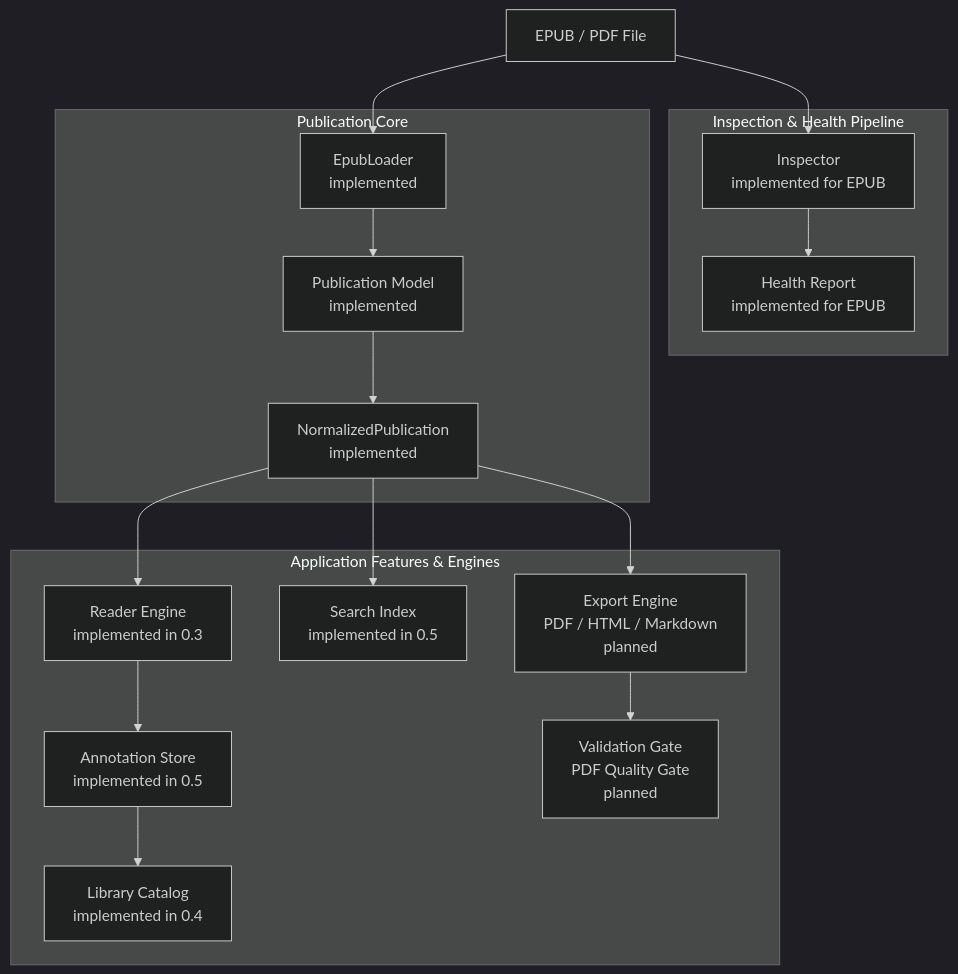
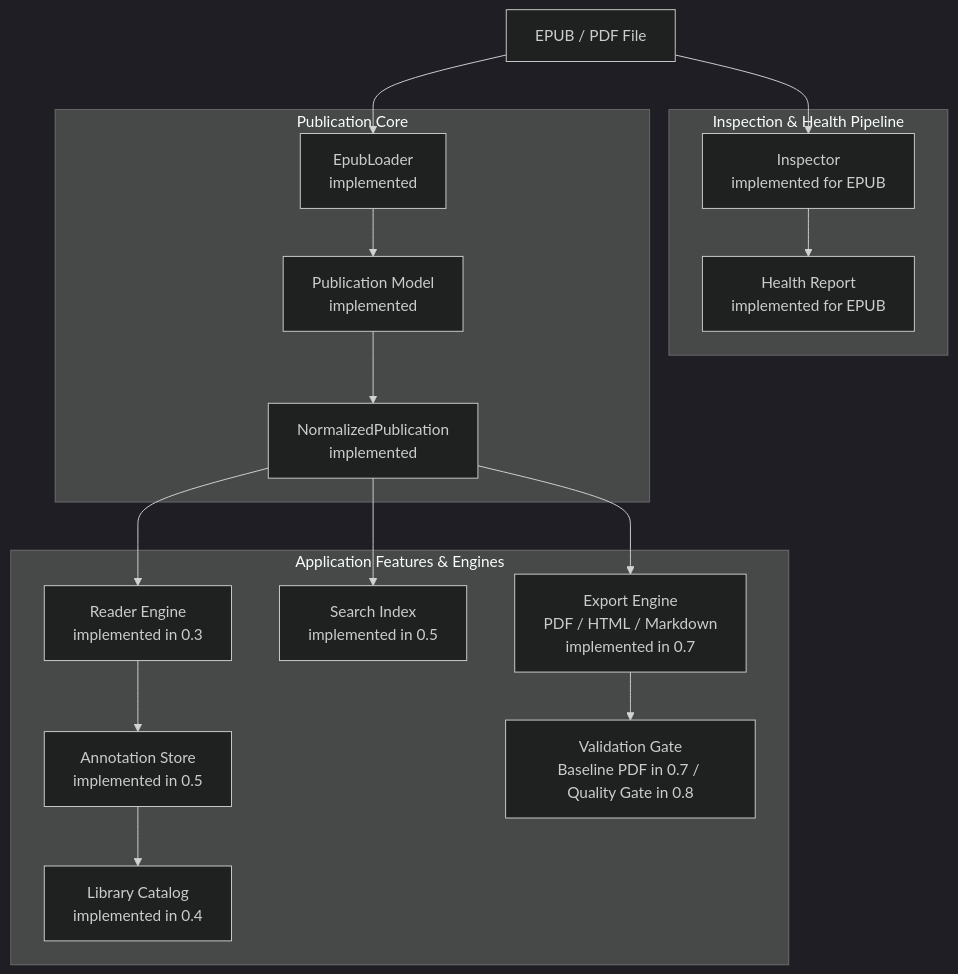
The diagram in README.md (bosatsu25/ReflowPress), drawn with Mermaid (dark theme) before and after one commit. The commit also changed other lines of this file and 6 other files, not shown here.

Commit message:
docs: synchronize roadmap, architecture, requirements, and CI for Milestone 0.7

````diff
--- a/README.md
+++ b/README.md
@@ -40,34 +41,34 @@
 ```mermaid
 flowchart TD
     SOURCE[EPUB / PDF File]
 
     subgraph INSP_SUB[Inspection & Health Pipeline]
         INSPECTOR[Inspector<br/>implemented for EPUB]
         HEALTH[Health Report<br/>implemented for EPUB]
     end
 
     subgraph CORE_SUB[Publication Core]
         LOADER[EpubLoader<br/>implemented]
         PUB_MODEL[Publication Model<br/>implemented]
         NORMALIZED[NormalizedPublication<br/>implemented]
     end
 
     subgraph CONSUMER_SUB[Application Features & Engines]
         READER[Reader Engine<br/>implemented in 0.3]
         ANNOTATION[Annotation Store<br/>implemented in 0.5]
         LIBRARY[Library Catalog<br/>implemented in 0.4]
         SEARCH[Search Index<br/>implemented in 0.5]
-        EXPORT[Export Engine<br/>PDF / HTML / Markdown<br/>planned]
-        VALIDATION[Validation Gate<br/>PDF Quality Gate<br/>planned]
+        EXPORT[Export Engine<br/>PDF / HTML / Markdown<br/>implemented in 0.7]
+        VALIDATION[Validation Gate<br/>Baseline PDF in 0.7 / Quality Gate in 0.8]
     end
 
     SOURCE --> INSPECTOR --> HEALTH
     SOURCE --> LOADER --> PUB_MODEL --> NORMALIZED
 
     NORMALIZED --> READER
     READER --> ANNOTATION
     ANNOTATION --> LIBRARY
     NORMALIZED --> SEARCH
     NORMALIZED --> EXPORT
     EXPORT --> VALIDATION
 ```
````
